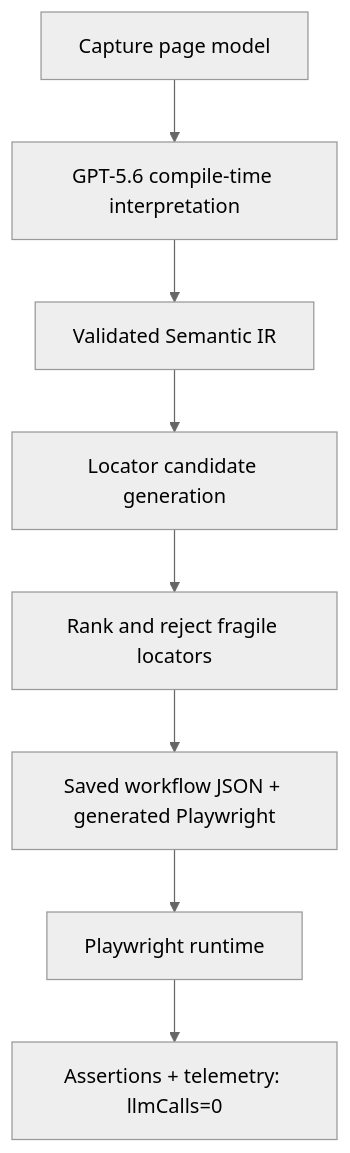
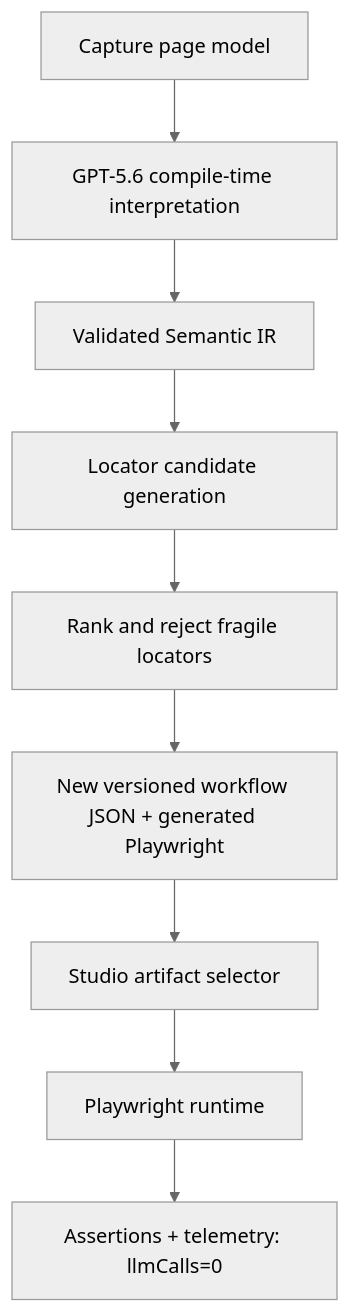
Before and after one commit to faxncba-rgb/Visual-compiler-: the first of 2 diagrams in ARCHITECTURE.md, drawn with Mermaid (neutral theme). The commit also changed other lines of this file and 16 other files, not shown here.

````diff
--- a/ARCHITECTURE.md
+++ b/ARCHITECTURE.md
@@ -5,10 +5,11 @@
 ```mermaid
 flowchart TD
   Capture[Capture page model] --> Interpret[GPT-5.6 compile-time interpretation]
   Interpret --> IR[Validated Semantic IR]
   IR --> Locate[Locator candidate generation]
   Locate --> Validate[Rank and reject fragile locators]
-  Validate --> Artifact[Saved workflow JSON + generated Playwright]
-  Artifact --> Runtime[Playwright runtime]
+  Validate --> Artifact[New versioned workflow JSON + generated Playwright]
+  Artifact --> Registry[Studio artifact selector]
+  Registry --> Runtime[Playwright runtime]
   Runtime --> Telemetry[Assertions + telemetry: llmCalls=0]
 ```
````
